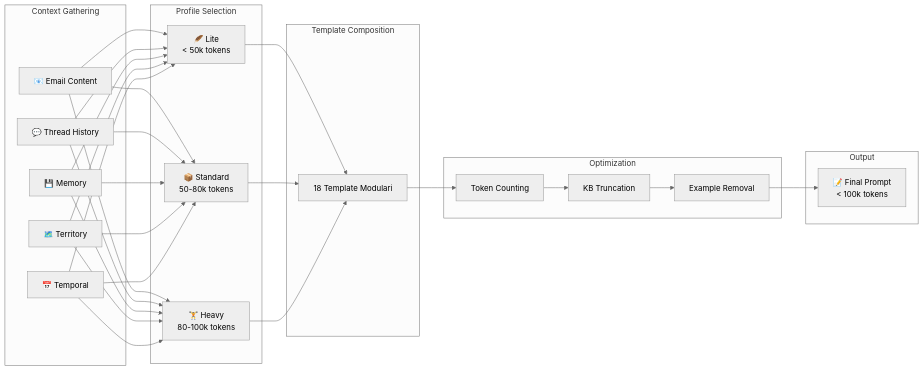
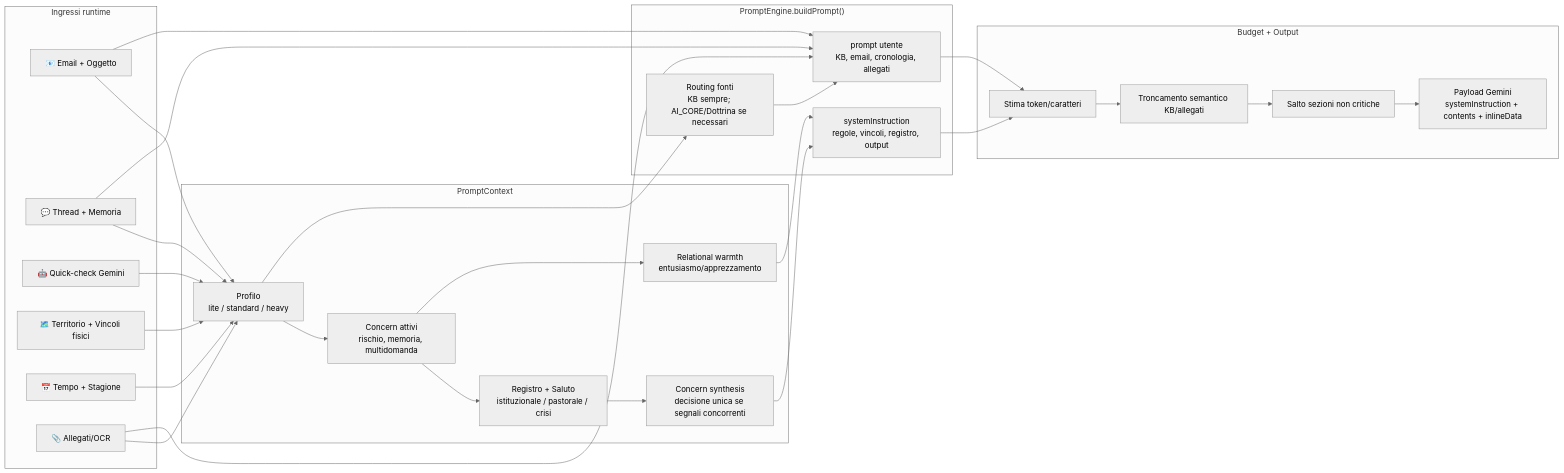
Before and after one commit to rasanfil-source/segreteria: the seventh of 9 diagrams in docs/ARCHITECTURE_DIAGRAMS_IT.md, drawn with Mermaid (neutral theme). The commit also changed other lines of this file and 4 other files, not shown here.

Commit message:
Update architecture diagrams and readme modules description to include PromptContext and runtime prompt construction flow

````diff
--- a/docs/ARCHITECTURE_DIAGRAMS_IT.md
+++ b/docs/ARCHITECTURE_DIAGRAMS_IT.md
@@ -262,34 +266,42 @@
 ```mermaid
 graph LR
-    subgraph "Context Gathering"
-        A1["📧 Email Content"]
-        A2["💬 Thread History"]
-        A3["💾 Memory"]
-        A4["🗺️ Territory"]
-        A5["📅 Temporal"]
+    subgraph "Ingressi runtime"
+        A1["📧 Email + Oggetto"]
+        A2["💬 Thread + Memoria"]
+        A3["🤖 Quick-check Gemini"]
+        A4["🗺️ Territorio + Vincoli fisici"]
+        A5["📅 Tempo + Stagione"]
+        A6["📎 Allegati/OCR"]
     end
-    
-    subgraph "Profile Selection"
-        P1["🪶 Lite<br/>< 50k tokens"]
-        P2["📦 Standard<br/>50-80k tokens"]
-        P3["🏋️ Heavy<br/>80-100k tokens"]
+
+    subgraph "PromptContext"
+        C1["Profilo<br/>lite / standard / heavy"]
+        C2["Concern attivi<br/>rischio, memoria, multidomanda"]
+        C3["Registro + Saluto<br/>istituzionale / pastorale / crisi"]
+        C4["Concern synthesis<br/>decisione unica se segnali concorrenti"]
+        C5["Relational warmth<br/>entusiasmo/apprezzamento"]
     end
-    
-    subgraph "Template Composition"
-        T["18 Template Modulari"]
+
+    subgraph "PromptEngine.buildPrompt()"
+        S1["systemInstruction<br/>regole, vincoli, registro, output"]
+        U1["prompt utente<br/>KB, email, cronologia, allegati"]
+        K1["Routing fonti<br/>KB sempre; AI_CORE/Dottrina se necessari"]
     end
-    
-    subgraph "Optimization"
-        O1["Token Counting"]
-        O2["KB Truncation"]
-        O3["Example Removal"]
+
+    subgraph "Budget + Output"
+        B1["Stima token/caratteri"]
+        B2["Troncamento semantico KB/allegati"]
+        B3["Salto sezioni non critiche"]
+        F["Payload Gemini<br/>systemInstruction + contents + inlineData"]
     end
-    
-    subgraph "Output"
-        FINAL["📝 Final Prompt<br/>< 100k tokens"]
-    end
-    
-    A1 & A2 & A3 & A4 & A5 --> P1 & P2 & P3
-    P1 & P2 & P3 --> T
-    T --> O1 --> O2 --> O3 --> FINAL
+
+    A1 & A2 & A3 & A4 & A5 & A6 --> C1
+    C1 --> C2 --> C3 --> C4
+    C2 --> C5
+    C4 --> S1
+    C5 --> S1
+    A1 & A2 & A6 --> U1
+    C1 --> K1
+    K1 --> U1
+    S1 & U1 --> B1 --> B2 --> B3 --> F
 ```
````
